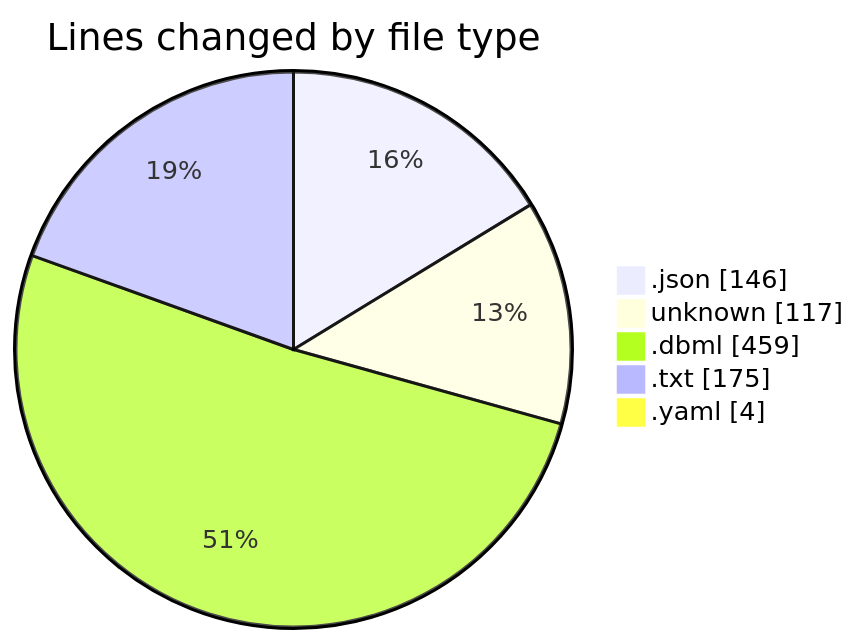
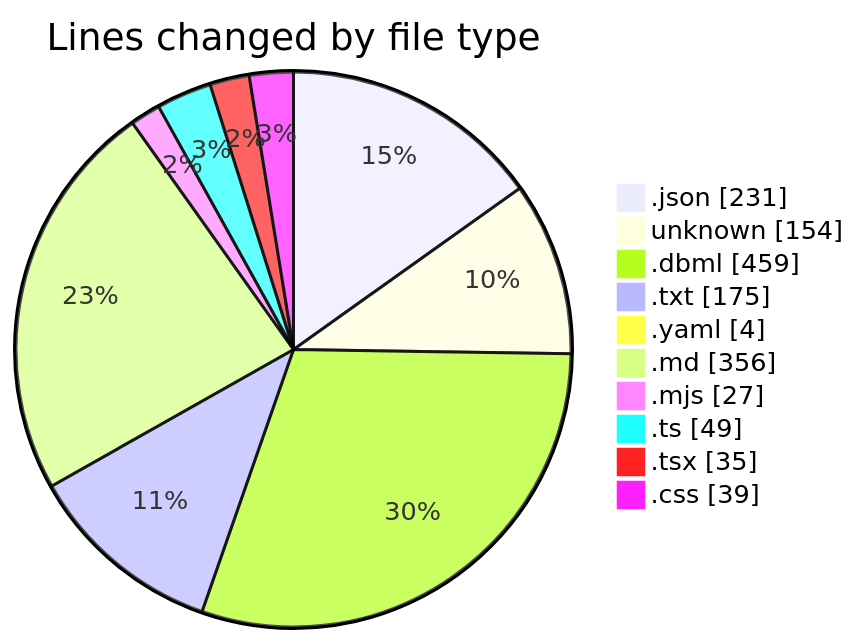
One commit to mevix1/code-tracking changed the first of 2 diagrams in 2025-10-02/oura-api/README.md. Above: the diagram before and after it, drawn with Mermaid. The commit also changed other lines of this file and 1 other file, not shown here.

````diff
--- a/2025-10-02/oura-api/README.md
+++ b/2025-10-02/oura-api/README.md
@@ -25,9 +37,14 @@
 ```mermaid
 pie showData
 title Lines changed by file type
-".json" : 146
-"unknown" : 117
+".json" : 231
+"unknown" : 154
 ".dbml" : 459
 ".txt" : 175
 ".yaml" : 4
+".md" : 356
+".mjs" : 27
+".ts" : 49
+".tsx" : 35
+".css" : 39
 ```
````
